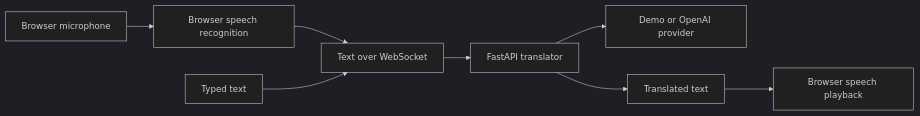
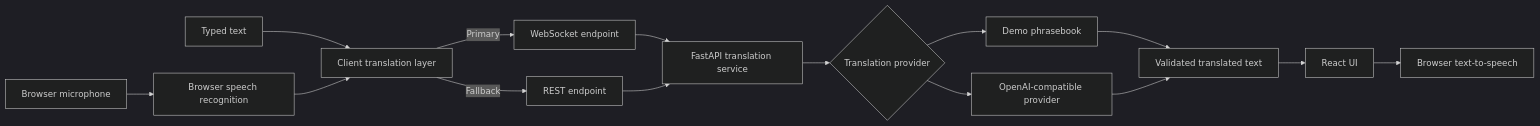
The diagram in README.md (manishalladi339/LiveTranslate), drawn with Mermaid (dark theme) before and after one commit. The commit also changed other lines of this file, not shown here.

````diff
--- a/README.md
+++ b/README.md
@@ -24,10 +41,17 @@
 ```mermaid
 flowchart LR
   A[Browser microphone] --> B[Browser speech recognition]
-  B --> C[Text over WebSocket]
-  D[Typed text] --> C
-  C --> E[FastAPI translator]
-  E --> F[Demo or OpenAI provider]
-  E --> G[Translated text]
-  G --> H[Browser speech playback]
+  D[Typed text] --> C[Client translation layer]
+  B --> C
+  C -->|Primary| E[WebSocket endpoint]
+  C -->|Fallback| F[REST endpoint]
+  E --> G[FastAPI translation service]
+  F --> G
+  G --> H{Translation provider}
+  H --> I[Demo phrasebook]
+  H --> J[OpenAI-compatible provider]
+  I --> K[Validated translated text]
+  J --> K
+  K --> L[React UI]
+  L --> M[Browser text-to-speech]
 ```
````
